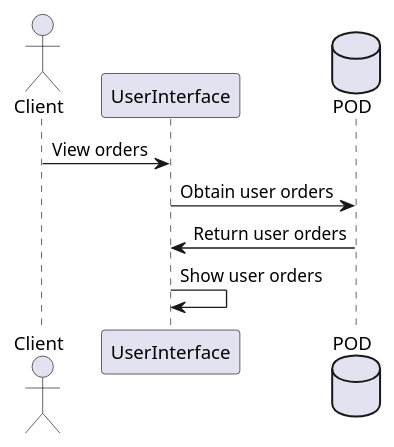
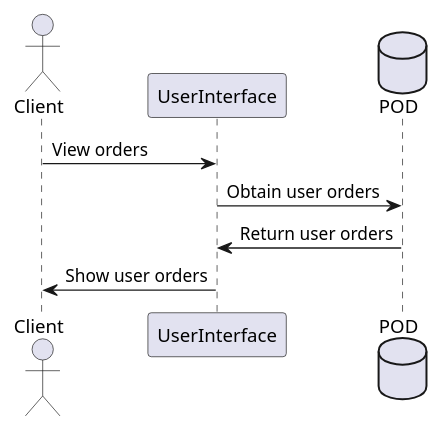
The fifth of 5 diagrams in docs/06_runtime_view.adoc (Arquisoft/dede_es1a), drawn with PlantUML before and after one commit.

Commit message:
Corrección Punto 6 View Orders

```diff
--- a/docs/06_runtime_view.adoc
+++ b/docs/06_runtime_view.adoc
@@ -68,10 +68,10 @@
 [plantuml,"Ver pedidos",png]
 ----
 actor Client
 participant UserInterface
 database "POD"
 Client -> UserInterface: View orders
 UserInterface -> "POD": Obtain user orders
 "POD" -> UserInterface: Return user orders
-UserInterface -> UserInterface: Show user orders
+UserInterface -> Client: Show user orders
 ----
```
